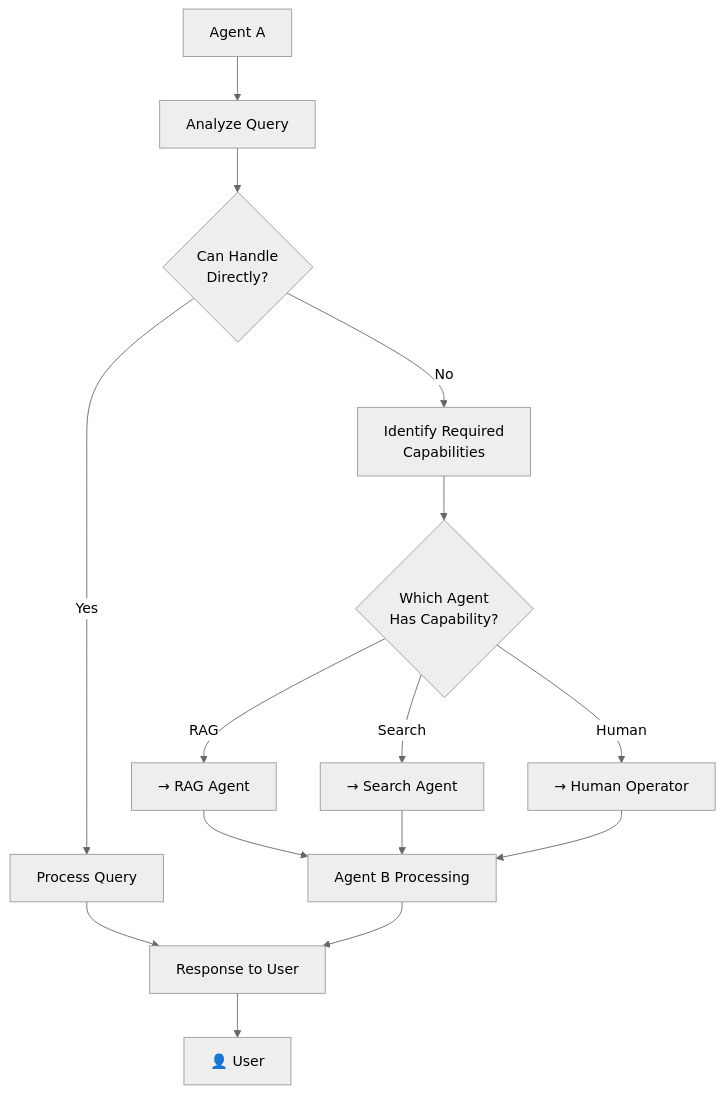
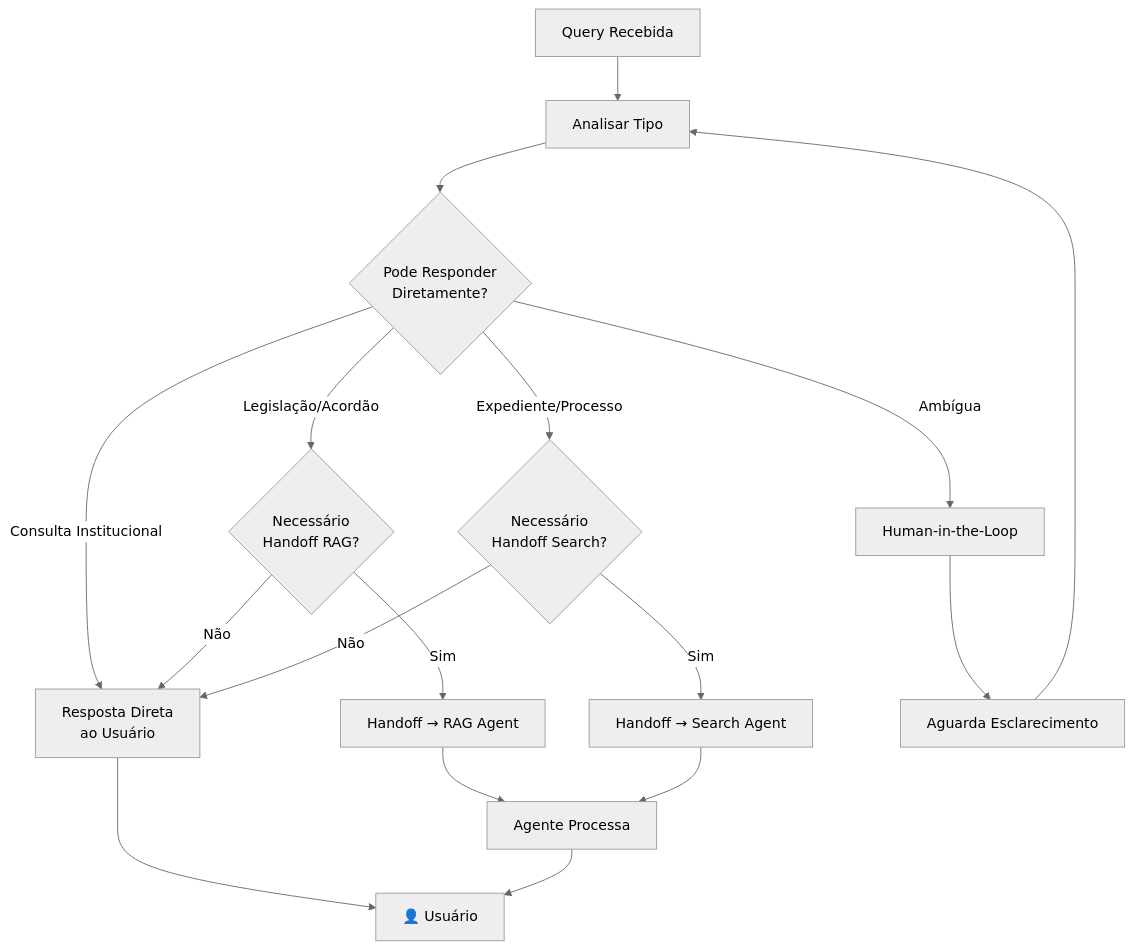
Diagram 11 of 18 in docs/tce_swarm/ARCHITECTURE_COMPLETE.md (jgabriellima/coagent01-graph), drawn with Mermaid (neutral theme) before and after one commit. The commit also changed other lines of this file and 13 other files, not shown here.

First line of the commit message:
feat: Update TCE-PA architecture and documentation

````diff
--- a/docs/tce_swarm/ARCHITECTURE_COMPLETE.md
+++ b/docs/tce_swarm/ARCHITECTURE_COMPLETE.md
@@ -960,23 +1365,26 @@
 ```mermaid
-graph TD
-    AGENT_A[Agent A] --> ANALYZE[Analyze Query]
-    ANALYZE --> CAN_HANDLE{Can Handle<br/>Directly?}
+flowchart TD
+    QUERY[Query Recebida] --> ANALYZE[Analisar Tipo]
     
-    CAN_HANDLE -->|Yes| PROCESS[Process Query]
-    CAN_HANDLE -->|No| NEED_HANDOFF[Identify Required<br/>Capabilities]
+    ANALYZE --> DECISION{Pode Responder<br/>Diretamente?}
     
-    NEED_HANDOFF --> HANDOFF_DECISION{Which Agent<br/>Has Capability?}
+    DECISION -->|"Consulta Institucional"| DIRECT[Resposta Direta<br/>ao Usuário]
+    DECISION -->|"Legislação/Acordão"| EVALUATE_RAG{Necessário<br/>Handoff RAG?}
+    DECISION -->|"Expediente/Processo"| EVALUATE_SEARCH{Necessário<br/>Handoff Search?}
+    DECISION -->|"Ambígua"| HUMAN[Human-in-the-Loop]
     
-    HANDOFF_DECISION -->|RAG| HANDOFF_RAG[→ RAG Agent]
-    HANDOFF_DECISION -->|Search| HANDOFF_SEARCH[→ Search Agent]
-    HANDOFF_DECISION -->|Human| HANDOFF_HUMAN[→ Human Operator]
+    EVALUATE_RAG -->|"Sim"| HANDOFF_RAG[Handoff → RAG Agent]
+    EVALUATE_RAG -->|"Não"| DIRECT
     
-    HANDOFF_RAG --> AGENT_B[Agent B Processing]
-    HANDOFF_SEARCH --> AGENT_B
-    HANDOFF_HUMAN --> AGENT_B
+    EVALUATE_SEARCH -->|"Sim"| HANDOFF_SEARCH[Handoff → Search Agent] 
+    EVALUATE_SEARCH -->|"Não"| DIRECT
     
-    PROCESS --> RESPONSE[Response to User]
-    AGENT_B --> RESPONSE
+    HANDOFF_RAG --> AGENT_PROCESSING[Agente Processa]
+    HANDOFF_SEARCH --> AGENT_PROCESSING
     
-    RESPONSE --> USER[👤 User]
+    HUMAN --> CLARIFICATION[Aguarda Esclarecimento]
+    CLARIFICATION --> ANALYZE
+    
+    DIRECT --> USER[👤 Usuário]
+    AGENT_PROCESSING --> USER
 ```
````
